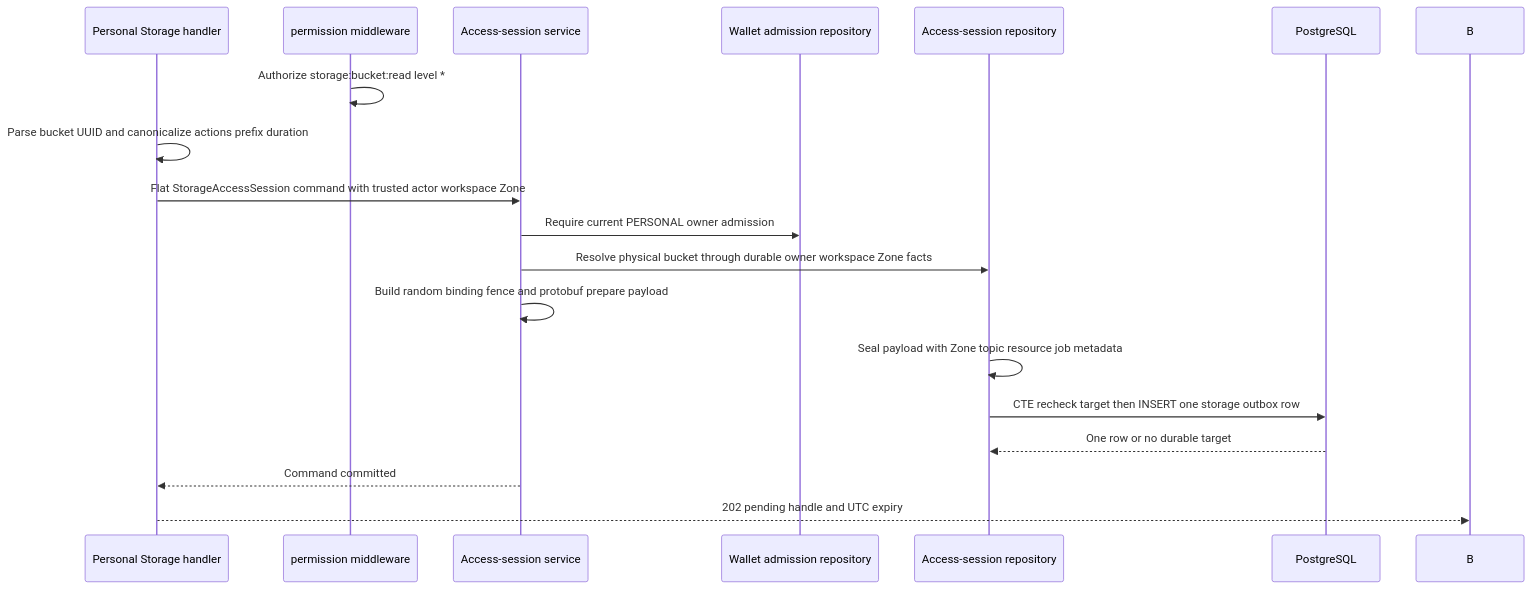
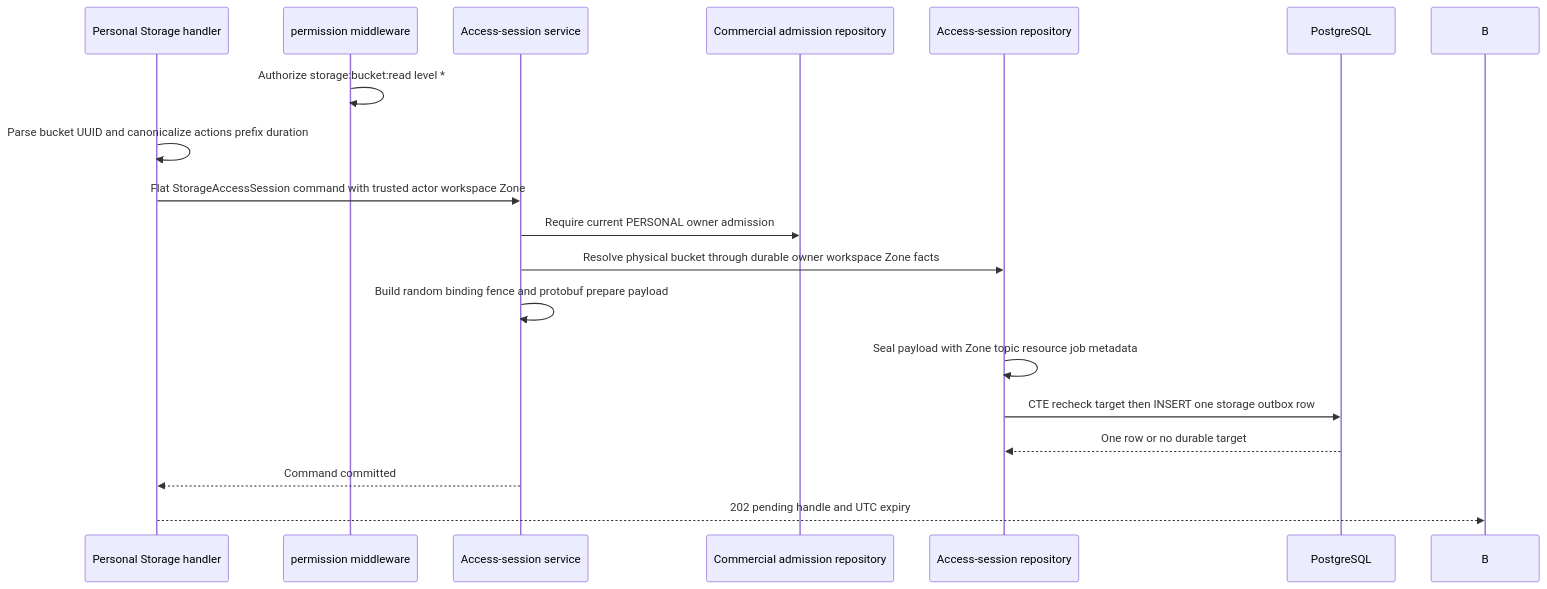
Before and after one commit to phucle996/aurora: the second of 4 diagrams in god_view/storage/personal_storage_access_session_prepare_god_view_workflow.md, drawn with Mermaid. The commit also changed other lines of this file and 94 other files, not shown here.

```diff
--- a/god_view/storage/personal_storage_access_session_prepare_god_view_workflow.md
+++ b/god_view/storage/personal_storage_access_session_prepare_god_view_workflow.md
@@ -87,21 +87,21 @@
 ~~~mermaid
 sequenceDiagram
     participant H as Personal Storage handler
     participant M as permission middleware
     participant S as Access-session service
-    participant AD as Wallet admission repository
+    participant AD as Commercial admission repository
     participant R as Access-session repository
     participant DB as PostgreSQL
 
     M->>M: Authorize storage:bucket:read level *
     H->>H: Parse bucket UUID and canonicalize actions prefix duration
     H->>S: Flat StorageAccessSession command with trusted actor workspace Zone
     S->>AD: Require current PERSONAL owner admission
     S->>R: Resolve physical bucket through durable owner workspace Zone facts
     S->>S: Build random binding fence and protobuf prepare payload
     R->>R: Seal payload with Zone topic resource job metadata
     R->>DB: CTE recheck target then INSERT one storage outbox row
     DB-->>R: One row or no durable target
     S-->>H: Command committed
     H-->>B: 202 pending handle and UTC expiry
 ~~~
```
